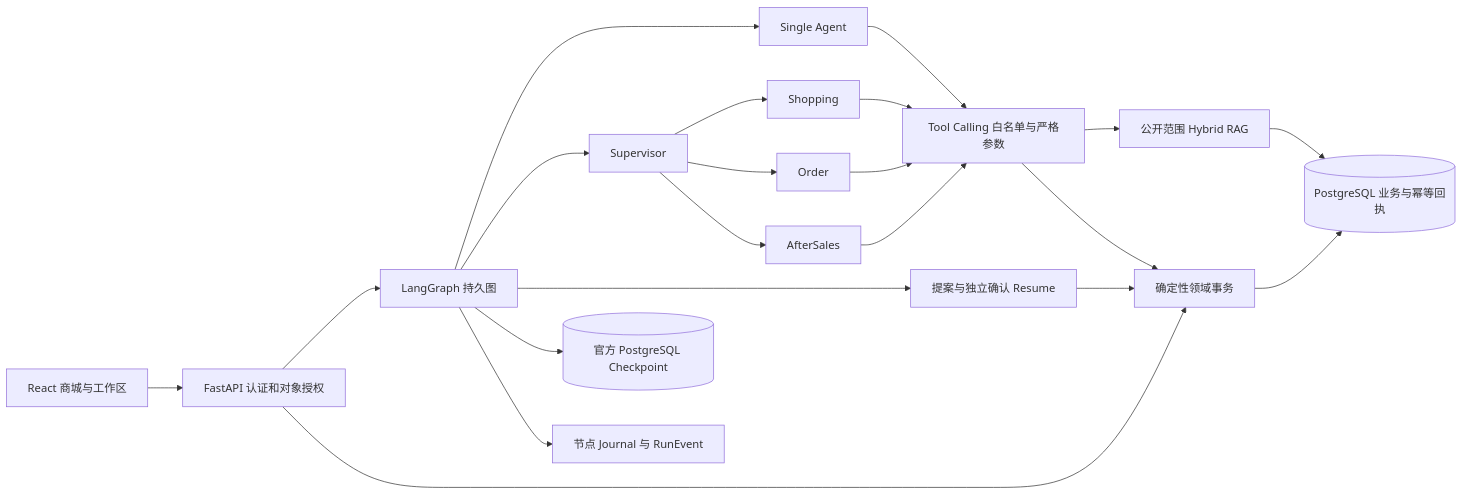
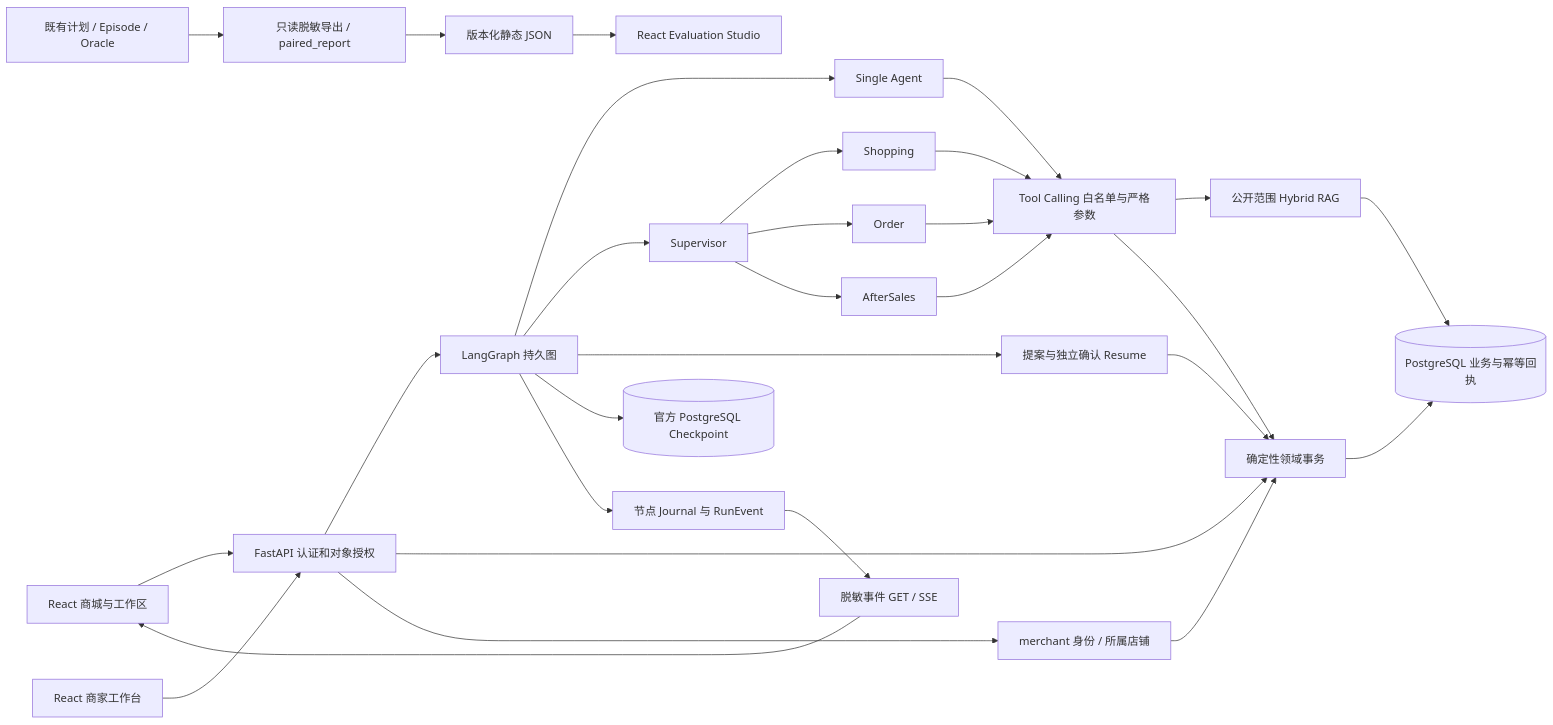
Before and after one commit to Cockatoo-xlk/AgentMall-Portfolio: the diagram in docs/ARCHITECTURE.md, drawn with Mermaid. The commit also changed other lines of this file and 20 other files, not shown here.

````diff
--- a/docs/ARCHITECTURE.md
+++ b/docs/ARCHITECTURE.md
@@ -5,23 +5,31 @@
 ```mermaid
 flowchart LR
   UI[React 商城与工作区] --> API[FastAPI 认证和对象授权]
   API --> Graph[LangGraph 持久图]
   API --> Domain[确定性领域事务]
   Graph --> Single[Single Agent]
   Graph --> Supervisor[Supervisor]
   Supervisor --> Shopping[Shopping]
   Supervisor --> Order[Order]
   Supervisor --> AfterSales[AfterSales]
   Single --> Tools[Tool Calling 白名单与严格参数]
   Shopping --> Tools
   Order --> Tools
   AfterSales --> Tools
   Tools --> RAG[公开范围 Hybrid RAG]
   Tools --> Domain
   Graph --> HITL[提案与独立确认 Resume]
   HITL --> Domain
   Domain --> PG[(PostgreSQL 业务与幂等回执)]
   RAG --> PG
   Graph --> CP[(官方 PostgreSQL Checkpoint)]
   Graph --> Journal[节点 Journal 与 RunEvent]
+  Journal --> Events[脱敏事件 GET / SSE]
+  Events --> UI
+  Merchant[React 商家工作台] --> API
+  API --> StoreScope[merchant 身份 / 所属店铺]
+  StoreScope --> Domain
+  Eval[既有计划 / Episode / Oracle] --> Export[只读脱敏导出 / paired_report]
+  Export --> Static[版本化静态 JSON]
+  Static --> Studio[React Evaluation Studio]
 ```
````
